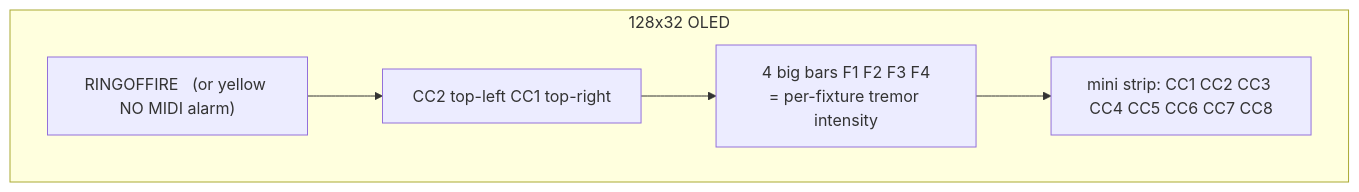
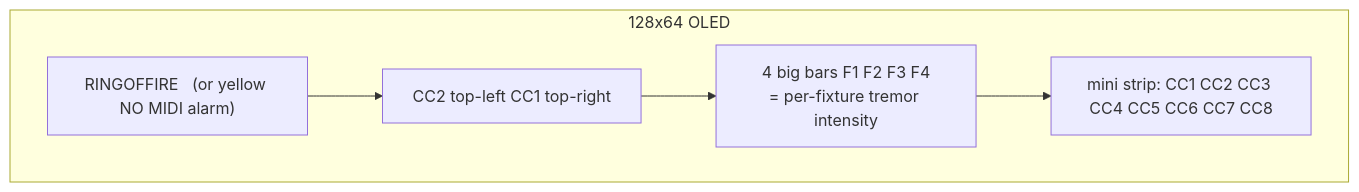
Before and after one commit to RVX/RingoffireCC2DMX: the third of 4 diagrams in README.md, drawn with Mermaid. The commit also changed other lines of this file, not shown here.

Commit message:
README: correct OLED to 128x64 (SSD1306/SSD1315)

````diff
--- a/README.md
+++ b/README.md
@@ -118,10 +118,10 @@
 ```mermaid
 flowchart TD
-  subgraph OLED["128x32 OLED"]
+  subgraph OLED["128x64 OLED"]
     Title["RINGOFFIRE   (or yellow NO MIDI alarm)"]
     Corners["CC2 top-left   CC1 top-right"]
     Bars["4 big bars F1 F2 F3 F4<br/>= per-fixture tremor intensity"]
     Mini["mini strip: CC1 CC2 CC3 CC4 CC5 CC6 CC7 CC8"]
   end
   Title --> Corners --> Bars --> Mini
 ```
````
